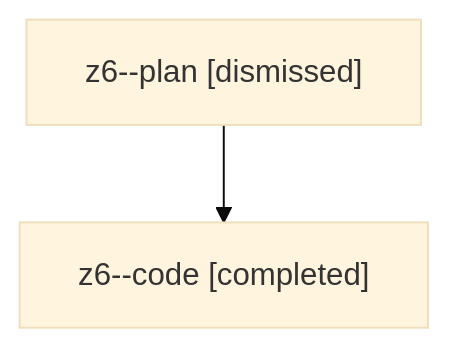
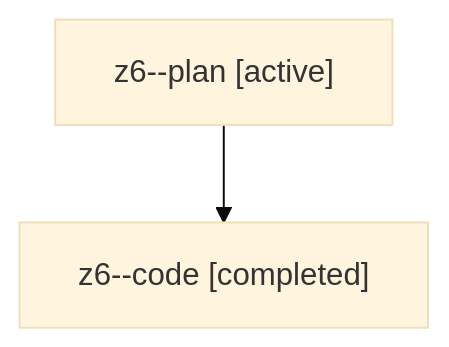
Before and after one commit to sase-org/sase--agents: the diagram in families/bbugyi200.athena.z6.md, drawn with Mermaid (base theme). The commit also changed other lines of this file and 35830 other files, not shown here.

````diff
--- a/families/bbugyi200.athena.z6.md
+++ b/families/bbugyi200.athena.z6.md
@@ -9,6 +9,6 @@
 ```mermaid
 flowchart TD
-  n0["z6--plan [dismissed]"]
+  n0["z6--plan [active]"]
   n1["z6--code [completed]"]
   n0 --> n1
 ```
````
